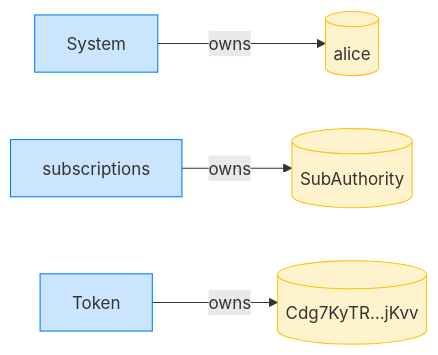
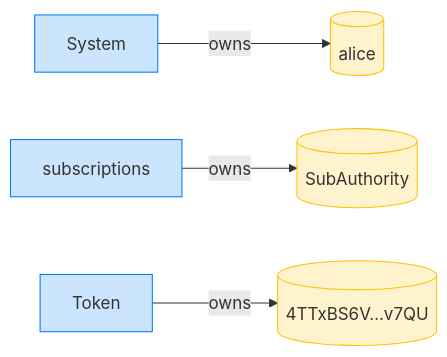
Before and after one commit to cds-rs/subscriptions: the fourth of 8 diagrams in dsl_tests/revoke-abandoned-rejects-a-live-delegation.md, drawn with Mermaid. The commit also changed other lines of this file and 224 other files, not shown here.

````diff
--- a/dsl_tests/revoke-abandoned-rejects-a-live-delegation.md
+++ b/dsl_tests/revoke-abandoned-rejects-a-live-delegation.md
@@ -71,14 +76,14 @@
 ```mermaid
 flowchart LR
     classDef owner fill:#cce5ff,stroke:#007bff;
     classDef account fill:#fff3cd,stroke:#ffc107;
     System[System]:::owner
     alice[(alice)]:::account
     subscriptions[subscriptions]:::owner
     SubAuthority[(SubAuthority)]:::account
     Token[Token]:::owner
-    Cdg7KyTR_jKvv[("Cdg7KyTR…jKvv")]:::account
+    4TTxBS6V_v7QU[("4TTxBS6V…v7QU")]:::account
     System -->|owns| alice
     subscriptions -->|owns| SubAuthority
-    Token -->|owns| Cdg7KyTR_jKvv
+    Token -->|owns| 4TTxBS6V_v7QU
 ```
````
